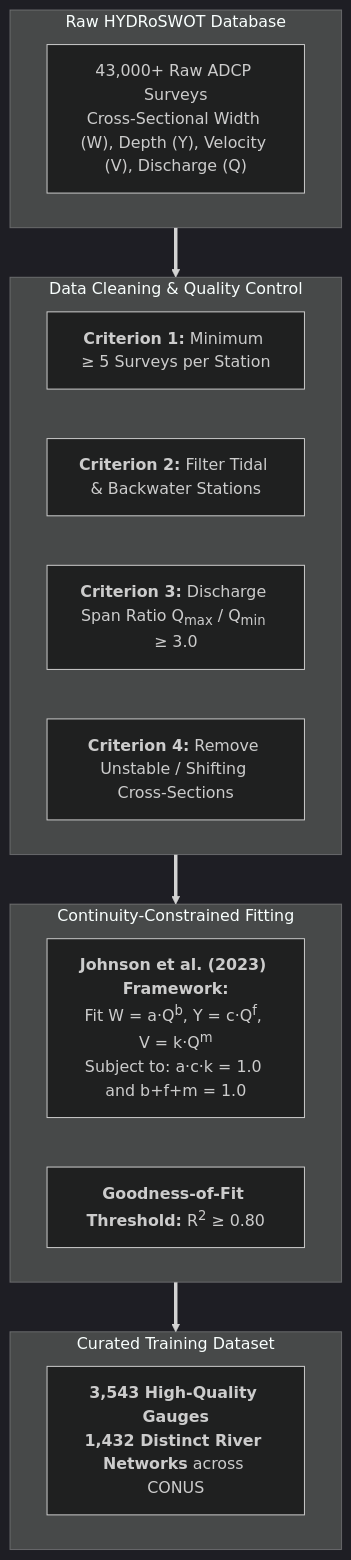
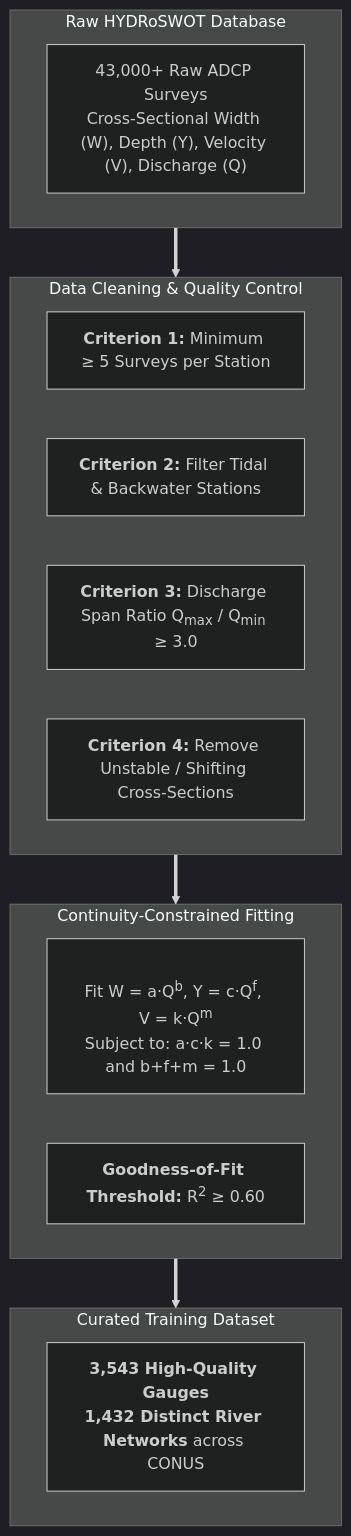
Before and after one commit to arashmodrad/ml_web: the diagram in docs/v1.0/overview/data-sources.md, drawn with Mermaid (dark theme). The commit also changed other lines of this file and 40 other files, not shown here.

````diff
--- a/docs/v1.0/overview/data-sources.md
+++ b/docs/v1.0/overview/data-sources.md
@@ -16,28 +16,28 @@
 ```mermaid
 flowchart TD
     subgraph RAW ["Raw HYDRoSWOT Database"]
         R1["43,000+ Raw ADCP Surveys<br/>Cross-Sectional Width (W), Depth (Y), Velocity (V), Discharge (Q)"]
     end
 
     subgraph QA ["Data Cleaning & Quality Control"]
         Q1["<b>Criterion 1:</b> Minimum &ge; 5 Surveys per Station"]
         Q2["<b>Criterion 2:</b> Filter Tidal & Backwater Stations"]
         Q3["<b>Criterion 3:</b> Discharge Span Ratio Q<sub>max</sub> / Q<sub>min</sub> &ge; 3.0"]
         Q4["<b>Criterion 4:</b> Remove Unstable / Shifting Cross-Sections"]
     end
 
     subgraph FIT ["Continuity-Constrained Fitting"]
-        F1["<b>Johnson et al. (2023) Framework:</b><br/>Fit W = a&middot;Q<sup>b</sup>, Y = c&middot;Q<sup>f</sup>, V = k&middot;Q<sup>m</sup><br/>Subject to: a&middot;c&middot;k = 1.0 and b+f+m = 1.0"]
-        F2["<b>Goodness-of-Fit Threshold:</b> R<sup>2</sup> &ge; 0.80"]
+        F1["<br/>Fit W = a&middot;Q<sup>b</sup>, Y = c&middot;Q<sup>f</sup>, V = k&middot;Q<sup>m</sup><br/>Subject to: a&middot;c&middot;k = 1.0 and b+f+m = 1.0"]
+        F2["<b>Goodness-of-Fit Threshold:</b> R<sup>2</sup> &ge; 0.60"]
     end
 
     subgraph FINAL ["Curated Training Dataset"]
         D1["<b>3,543 High-Quality Gauges</b><br/><b>1,432 Distinct River Networks</b> across CONUS"]
     end
 
     RAW ==> QA ==> FIT ==> FINAL
 
     class RAW highlight-blue;
     class QA highlight-orange;
     class FIT highlight-teal;
 ```
````
